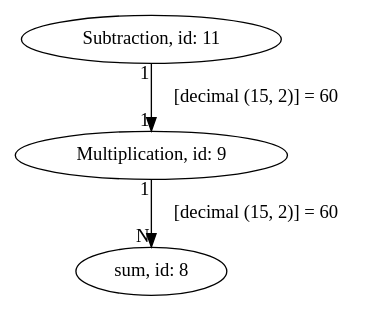
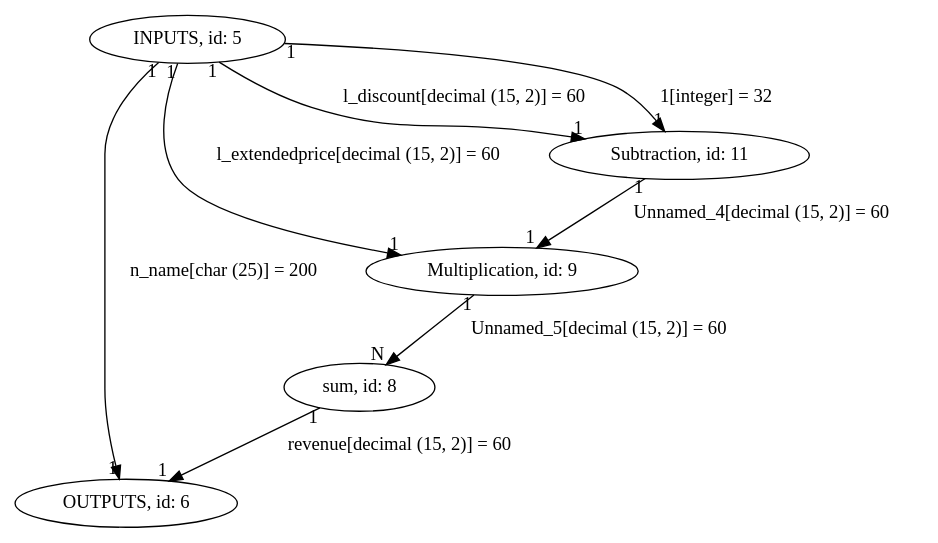
One commit to hanefi/sql2df changed the diagram in res/q5.sql.select.dot. Above: the diagram before and after it, drawn with Graphviz. The commit also changed 9 other files, not shown here.

```diff
--- a/res/q5.sql.select.dot
+++ b/res/q5.sql.select.dot
@@ -1,4 +1,9 @@
 digraph {
-"Subtraction, id: 11" -> "Multiplication, id: 9"[label="[decimal (15, 2)] = 60", headlabel="1", taillabel="1" ]
-"Multiplication, id: 9" -> "sum, id: 8"[label="[decimal (15, 2)] = 60", headlabel="N", taillabel="1" ]
+"INPUTS, id: 5" -> "OUTPUTS, id: 6"[label="n_name[char (25)] = 200", headlabel="1", taillabel="1" ]
+"Multiplication, id: 9" -> "sum, id: 8"[label="Unnamed_5[decimal (15, 2)] = 60", headlabel="N", taillabel="1" ]
+"INPUTS, id: 5" -> "Subtraction, id: 11"[label="l_discount[decimal (15, 2)] = 60", headlabel="1", taillabel="1" ]
+"INPUTS, id: 5" -> "Subtraction, id: 11"[label="1[integer] = 32", headlabel="1", taillabel="1" ]
+"sum, id: 8" -> "OUTPUTS, id: 6"[label="revenue[decimal (15, 2)] = 60", headlabel="1", taillabel="1" ]
+"Subtraction, id: 11" -> "Multiplication, id: 9"[label="Unnamed_4[decimal (15, 2)] = 60", headlabel="1", taillabel="1" ]
+"INPUTS, id: 5" -> "Multiplication, id: 9"[label="l_extendedprice[decimal (15, 2)] = 60", headlabel="1", taillabel="1" ]
 }
```
